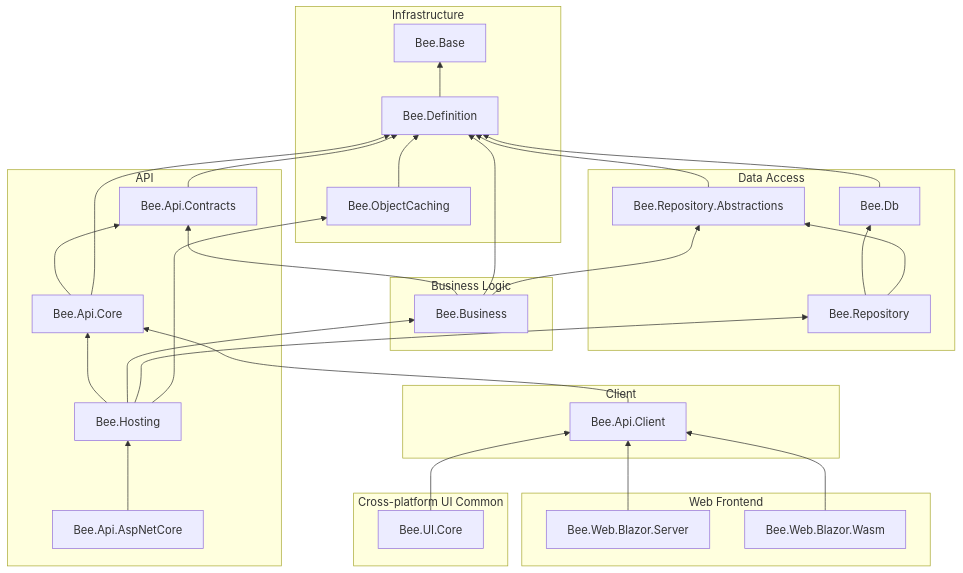
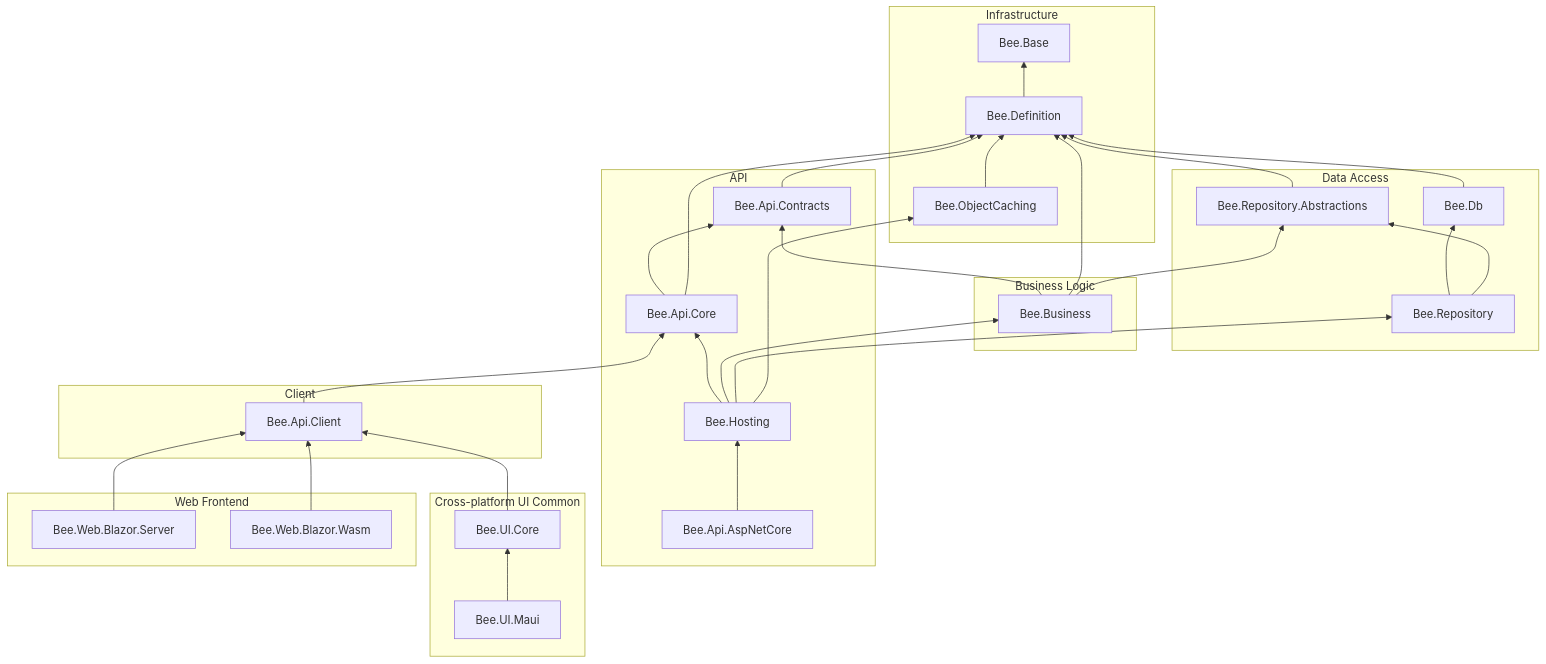
Before and after one commit to jeff377/bee-library: the diagram in docs/dependency-map.md, drawn with Mermaid. The commit also changed other lines of this file and 2 other files, not shown here.

First line of the commit message:
docs(ui-maui): dependency-map 補 Bee.UI.Maui 與 family 判別準則

````diff
--- a/docs/dependency-map.md
+++ b/docs/dependency-map.md
@@ -11,60 +11,62 @@
 ```mermaid
 graph BT
   subgraph Infrastructure
     Base["Bee.Base"]
     Definition["Bee.Definition"]
     Caching["Bee.ObjectCaching"]
   end
 
   subgraph DataAccess [Data Access]
     RepoAbs["Bee.Repository.Abstractions"]
     Db["Bee.Db"]
     Repo["Bee.Repository"]
   end
 
   subgraph BusinessLogic [Business Logic]
     Business["Bee.Business"]
   end
 
   subgraph API
     Contracts["Bee.Api.Contracts"]
     Core["Bee.Api.Core"]
     Hosting["Bee.Hosting"]
     AspNet["Bee.Api.AspNetCore"]
   end
 
   subgraph ClientLayer [Client]
     Client["Bee.Api.Client"]
   end
 
   subgraph CrossPlatformUI [Cross-platform UI Common]
     UICore["Bee.UI.Core"]
+    UIMaui["Bee.UI.Maui"]
   end
 
   subgraph WebFrontend [Web Frontend]
     BlazorSrv["Bee.Web.Blazor.Server"]
     BlazorWasm["Bee.Web.Blazor.Wasm"]
   end
 
   Definition --> Base
   Contracts --> Definition
   Db --> Definition
   RepoAbs --> Definition
   Caching --> Definition
   Business --> Contracts
   Business --> Definition
   Business --> RepoAbs
   Repo --> Db
   Repo --> RepoAbs
   Core --> Contracts
   Core --> Definition
   Hosting --> Core
   Hosting --> Business
   Hosting --> Repo
   Hosting --> Caching
   AspNet --> Hosting
   Client --> Core
   UICore --> Client
+  UIMaui --> UICore
   BlazorSrv --> Client
   BlazorWasm --> Client
 ```
````
